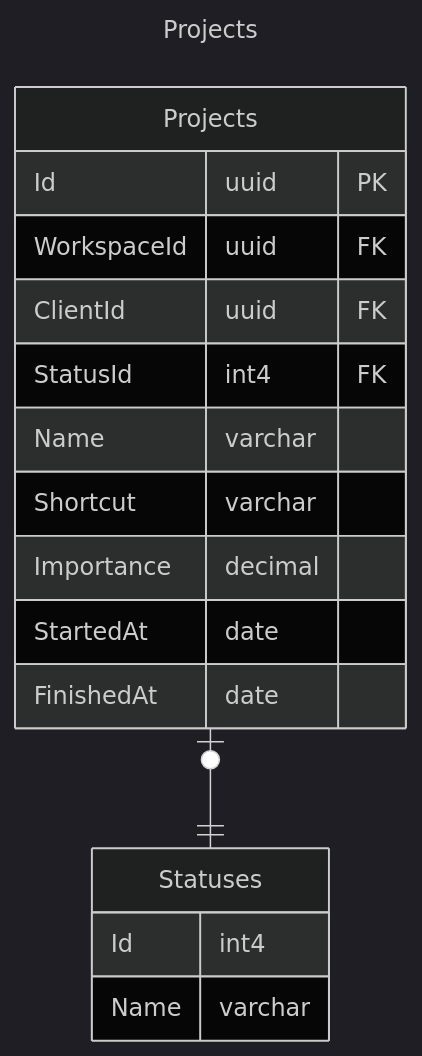
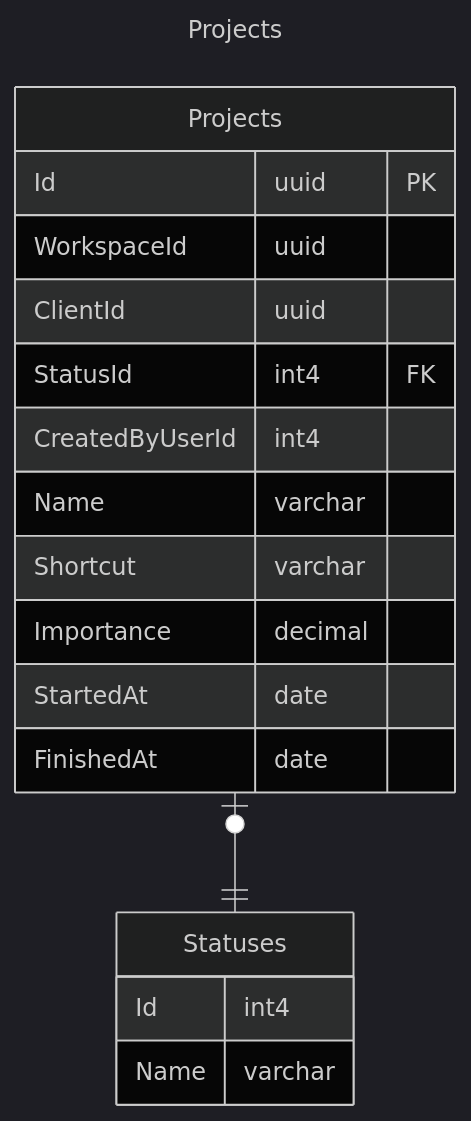
One commit to danyducky/hot-knowledge changed the diagram in docs/database/projects.MD. Above: the diagram before and after it, drawn with Mermaid (dark theme).

Commit message:
Add created by field TASK-40

````diff
--- a/docs/database/projects.MD
+++ b/docs/database/projects.MD
@@ -1,26 +1,27 @@
 ```mermaid
 ---
 title: Projects
 ---
 
 erDiagram
     Projects |o--|| Statuses : ""
     Projects {
         Id uuid PK
-        WorkspaceId uuid FK
-        ClientId uuid FK
+        WorkspaceId uuid
+        ClientId uuid
         StatusId int4 FK
+        CreatedByUserId int4
 
         Name varchar
         Shortcut varchar
         Importance decimal
 
         StartedAt date
         FinishedAt date
     }
 
     Statuses {
         Id int4
         Name varchar
     }
 ```
````
